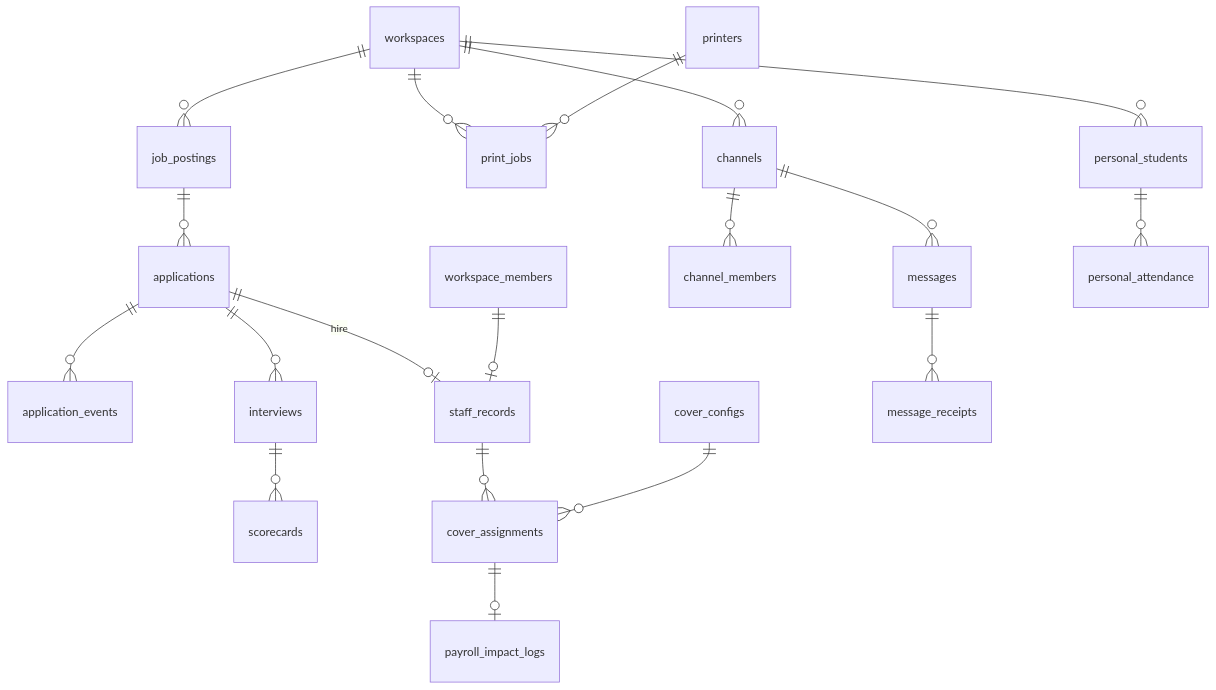
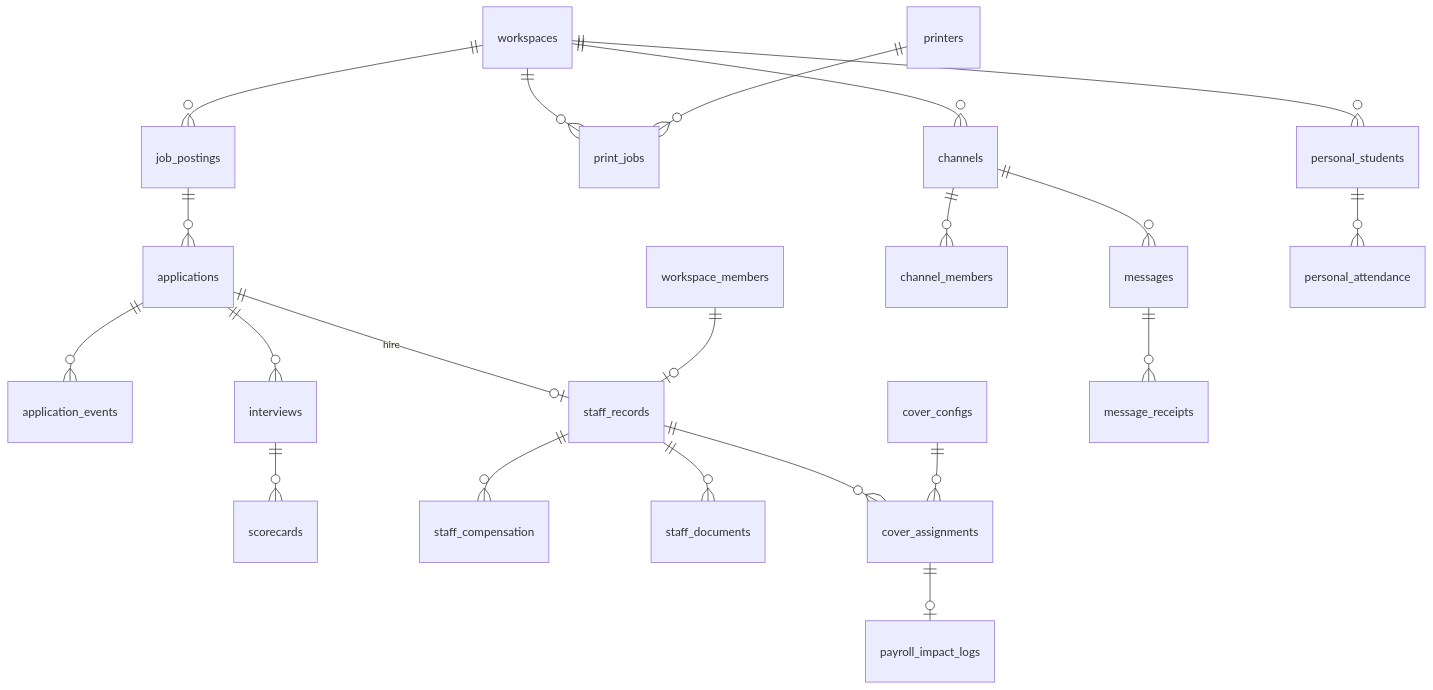
Before and after one commit to Mahadezz/acadigma-campus: the seventh of 7 diagrams in docs/architecture/DATA-MODEL.md, drawn with Mermaid. The commit also changed other lines of this file and 16 other files, not shown here.

````diff
--- a/docs/architecture/DATA-MODEL.md
+++ b/docs/architecture/DATA-MODEL.md
@@ -657,21 +657,23 @@
 ```mermaid
 erDiagram
     workspaces ||--o{ job_postings : ""
     job_postings ||--o{ applications : ""
     applications ||--o{ application_events : ""
     applications ||--o{ interviews : ""
     interviews ||--o{ scorecards : ""
     applications ||--o| staff_records : "hire"
     workspace_members ||--o| staff_records : ""
+    staff_records ||--o{ staff_compensation : ""
+    staff_records ||--o{ staff_documents : ""
     staff_records ||--o{ cover_assignments : ""
     cover_configs ||--o{ cover_assignments : ""
     cover_assignments ||--o| payroll_impact_logs : ""
     workspaces ||--o{ print_jobs : ""
     printers ||--o{ print_jobs : ""
     workspaces ||--o{ channels : ""
     channels ||--o{ channel_members : ""
     channels ||--o{ messages : ""
     messages ||--o{ message_receipts : ""
     workspaces ||--o{ personal_students : ""
     personal_students ||--o{ personal_attendance : ""
 ```
````
